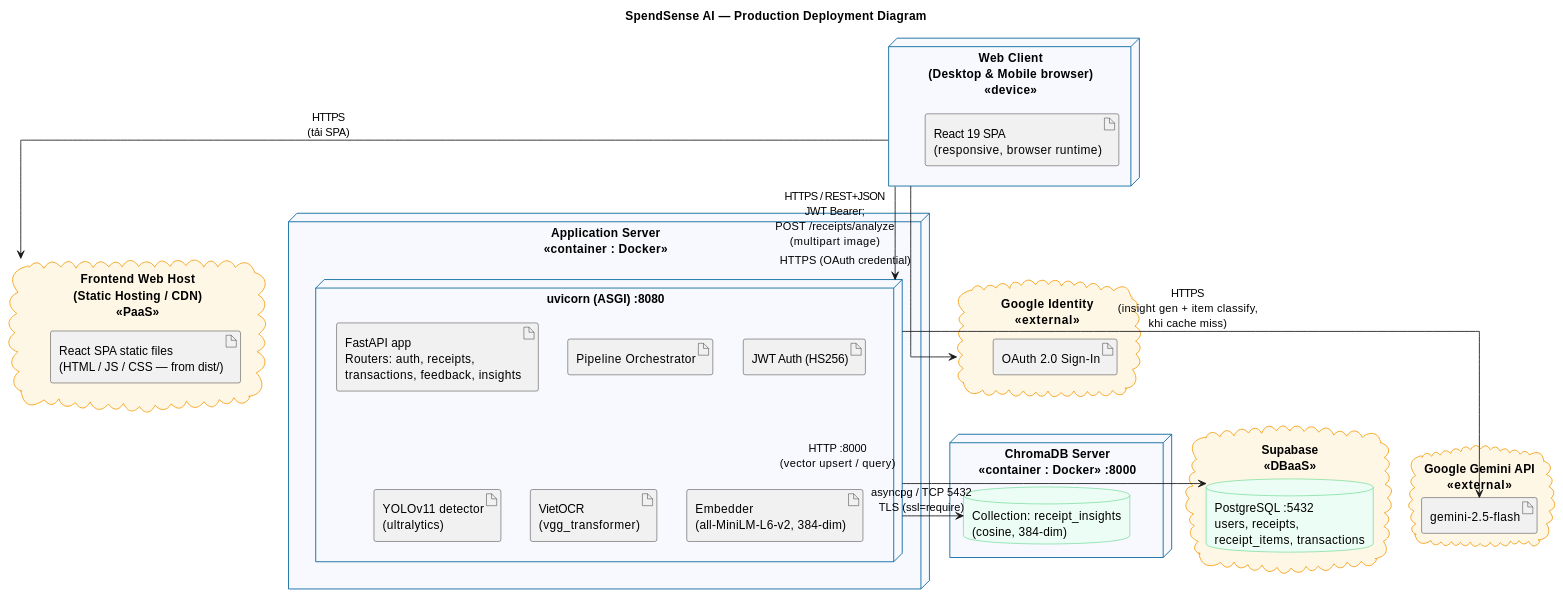
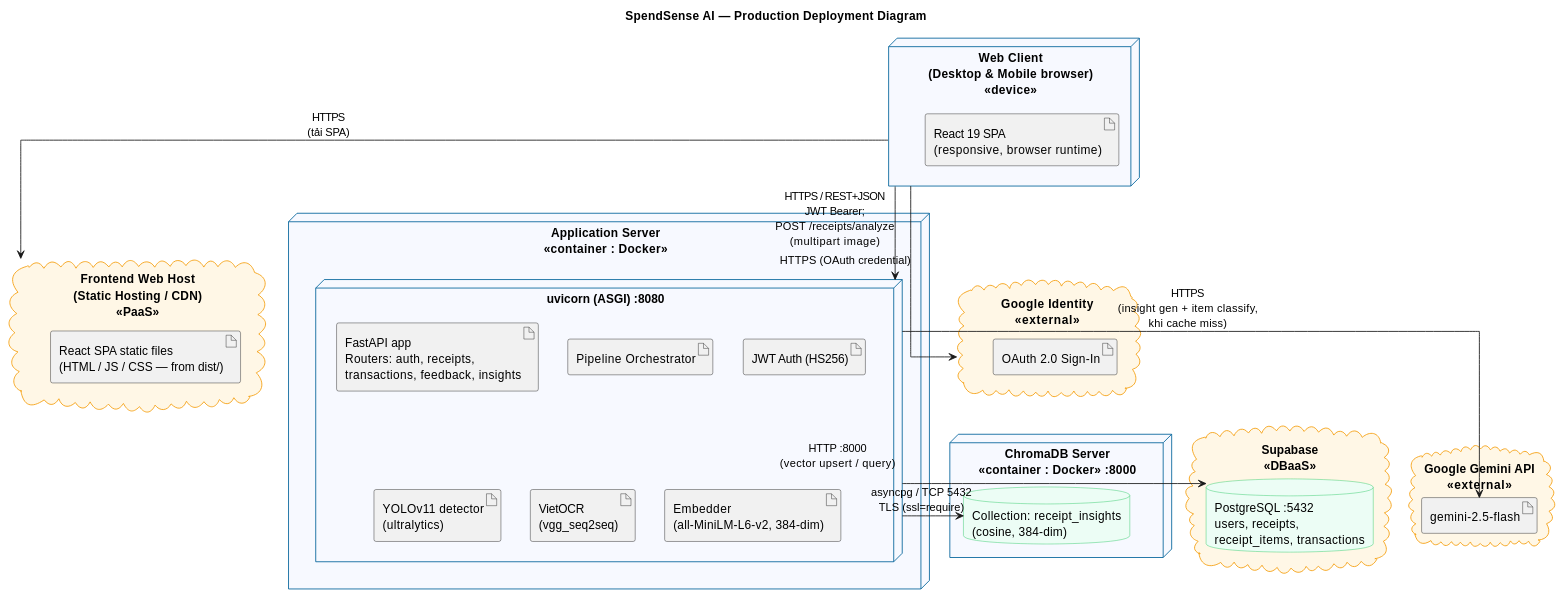
The diagram in docs/deployment.md (4-useless-student/Spend-Sense-AI), drawn with PlantUML before and after one commit. The commit also changed other lines of this file and 5 other files, not shown here.

Commit message:
Use VietOCR vgg_seq2seq model

````diff
--- a/docs/deployment.md
+++ b/docs/deployment.md
@@ -34,72 +34,72 @@
 ```plantuml
 @startuml SpendSense_Deployment
 title SpendSense AI — Production Deployment Diagram
 
 skinparam shadowing false
 skinparam linetype ortho
 skinparam node {
   BackgroundColor #F7F9FF
   BorderColor #00639A
 }
 skinparam cloud {
   BackgroundColor #FFF7E6
   BorderColor #F59E0B
 }
 skinparam database {
   BackgroundColor #ECFDF5
   BorderColor #22C55E
 }
 
 ' ===================== CLIENT TIER =====================
 node "Web Client\n(Desktop & Mobile browser)\n<<device>>" as Client {
   artifact "React 19 SPA\n(responsive, browser runtime)" as ClientSPA
 }
 
 ' ===================== PRESENTATION HOST =====================
 cloud "Frontend Web Host\n(Static Hosting / CDN)\n<<PaaS>>" as CDN {
   artifact "React SPA static files\n(HTML / JS / CSS — from dist/)" as SPABuild
 }
 
 ' ===================== APPLICATION TIER =====================
 node "Application Server\n<<container : Docker>>" as AppServer {
   node "uvicorn (ASGI) :8080" as Uvicorn {
     artifact "FastAPI app\nRouters: auth, receipts,\ntransactions, feedback, insights" as FastAPI
     artifact "Pipeline Orchestrator" as Pipeline
     artifact "JWT Auth (HS256)" as JWT
     artifact "YOLOv11 detector\n(ultralytics)" as YOLO
-    artifact "VietOCR\n(vgg_transformer)" as OCR
+    artifact "VietOCR\n(vgg_seq2seq)" as OCR
     artifact "Embedder\n(all-MiniLM-L6-v2, 384-dim)" as Embedder
   }
 }
 
 ' ===================== DATA TIER =====================
 node "ChromaDB Server\n<<container : Docker>> :8000" as Chroma {
   database "Collection: receipt_insights\n(cosine, 384-dim)" as ChromaDB
 }
 
 cloud "Supabase\n<<DBaaS>>" as Supabase {
   database "PostgreSQL :5432\nusers, receipts,\nreceipt_items, transactions" as Postgres
 }
 
 ' ===================== EXTERNAL SERVICES =====================
 cloud "Google Gemini API\n<<external>>" as Gemini {
   artifact "gemini-2.5-flash" as GeminiModel
 }
 
 cloud "Google Identity\n<<external>>" as Google {
   artifact "OAuth 2.0 Sign-In" as OAuth
 }
 
 ' ===================== LINKS =====================
 Client --> CDN  : HTTPS\n(tải SPA)
 
 Client --> Uvicorn : HTTPS / REST+JSON\nJWT Bearer;\nPOST /receipts/analyze\n(multipart image)
 
 Client --> Google : HTTPS (OAuth credential)
 
 Uvicorn --> Postgres   : asyncpg / TCP 5432\nTLS (ssl=require)
 Uvicorn --> ChromaDB   : HTTP :8000\n(vector upsert / query)
 Uvicorn --> GeminiModel : HTTPS\n(insight gen + item classify,\nkhi cache miss)
 
 @enduml
 ```
````
